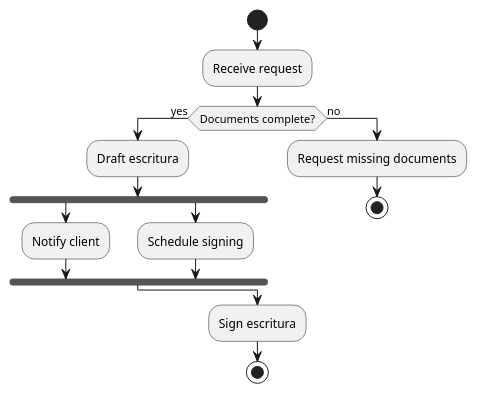
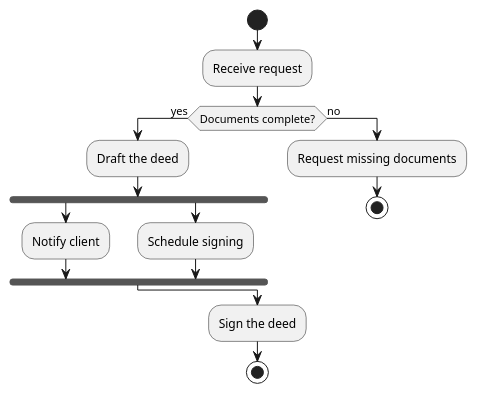
The fifth of 18 diagrams in .claude/skills/plantuml/references/diagram-types.md (matiaspakua/notaire), drawn with PlantUML before and after one commit. The commit also changed other lines of this file and 52 other files, not shown here.

````diff
--- a/.claude/skills/plantuml/references/diagram-types.md
+++ b/.claude/skills/plantuml/references/diagram-types.md
@@ -181,19 +181,19 @@
 ```plantuml
 @startuml
 start
 :Receive request;
 if (Documents complete?) then (yes)
-  :Draft escritura;
+  :Draft the deed;
   fork
     :Notify client;
   fork again
     :Schedule signing;
   end fork
 else (no)
   :Request missing documents;
   stop
 endif
-:Sign escritura;
+:Sign the deed;
 stop
 @enduml
 ```
````
